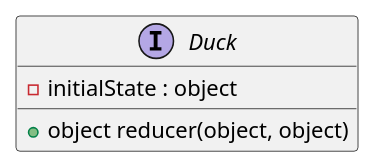
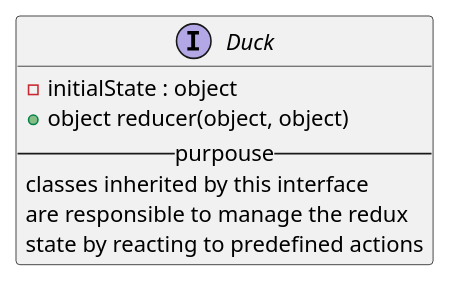
One commit to M9k/Marvin-Uml changed the diagram in redux/interfaces/duck.iuml. Above: the diagram before and after it, drawn with PlantUML. The commit also changed 1 other file, not shown here.

```diff
--- a/redux/interfaces/duck.iuml
+++ b/redux/interfaces/duck.iuml
@@ -1,4 +1,8 @@
 interface Duck{
   - initialState : object
   + object reducer(object, object)
+  -- purpouse --
+  classes inherited by this interface
+  are responsible to manage the redux
+  state by reacting to predefined actions
 }
```
